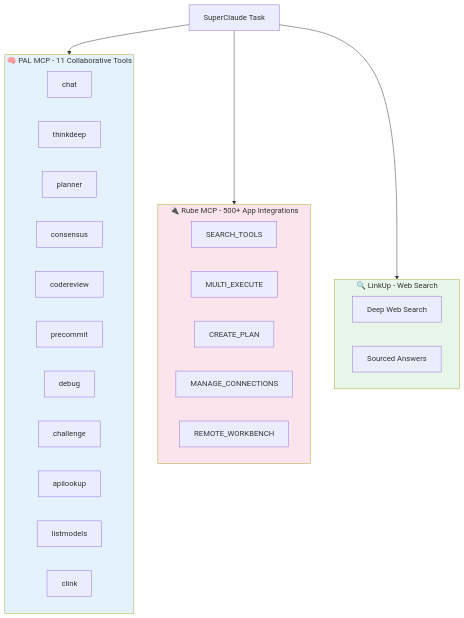
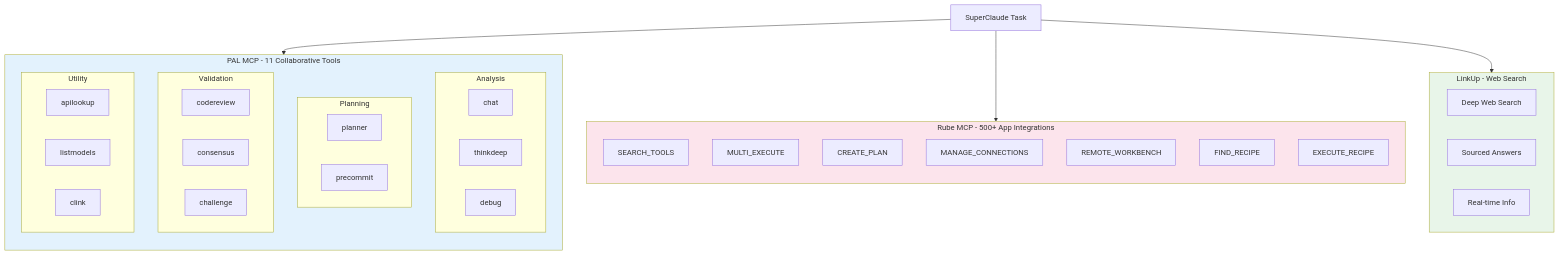
The sixth of 9 diagrams in README.md (Tony363/SuperClaude), drawn with Mermaid before and after one commit. The commit also changed other lines of this file, not shown here.

First line of the commit message:
docs: comprehensive README.md rewrite with updated mermaid diagrams

````diff
--- a/README.md
+++ b/README.md
@@ -401,39 +626,50 @@
 ```mermaid
 flowchart TB
-    subgraph PAL["🧠 PAL MCP - 11 Collaborative Tools"]
-        direction LR
-        P1["chat"]
-        P2["thinkdeep"]
-        P3["planner"]
-        P4["consensus"]
-        P5["codereview"]
-        P6["precommit"]
-        P7["debug"]
-        P8["challenge"]
-        P9["apilookup"]
-        P10["listmodels"]
-        P11["clink"]
+    subgraph PAL["PAL MCP - 11 Collaborative Tools"]
+        direction TB
+        subgraph Analysis["Analysis"]
+            P1["chat"]
+            P2["thinkdeep"]
+            P3["debug"]
+        end
+        subgraph Planning["Planning"]
+            P4["planner"]
+            P5["precommit"]
+        end
+        subgraph Validation["Validation"]
+            P6["codereview"]
+            P7["consensus"]
+            P8["challenge"]
+        end
+        subgraph Utility["Utility"]
+            P9["apilookup"]
+            P10["listmodels"]
+            P11["clink"]
+        end
     end
 
-    subgraph Rube["🔌 Rube MCP - 500+ App Integrations"]
-        direction LR
+    subgraph Rube["Rube MCP - 500+ App Integrations"]
+        direction TB
         R1["SEARCH_TOOLS"]
         R2["MULTI_EXECUTE"]
         R3["CREATE_PLAN"]
         R4["MANAGE_CONNECTIONS"]
         R5["REMOTE_WORKBENCH"]
+        R6["FIND_RECIPE"]
+        R7["EXECUTE_RECIPE"]
     end
 
-    subgraph LinkUp["🔍 LinkUp - Web Search"]
+    subgraph LinkUp["LinkUp - Web Search"]
         L1["Deep Web Search"]
         L2["Sourced Answers"]
+        L3["Real-time Info"]
     end
 
     TASK["SuperClaude Task"] --> PAL
     TASK --> Rube
     TASK --> LinkUp
 
     style PAL fill:#e3f2fd
     style Rube fill:#fce4ec
     style LinkUp fill:#e8f5e9
 ```
````
